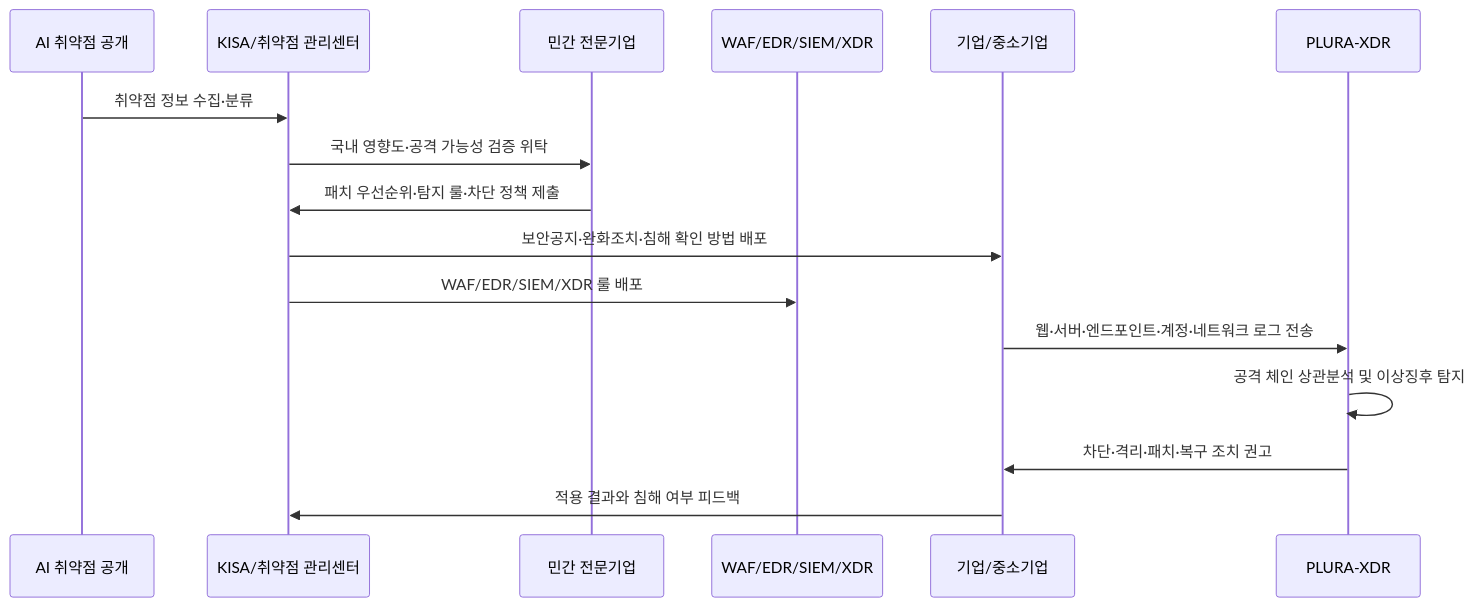
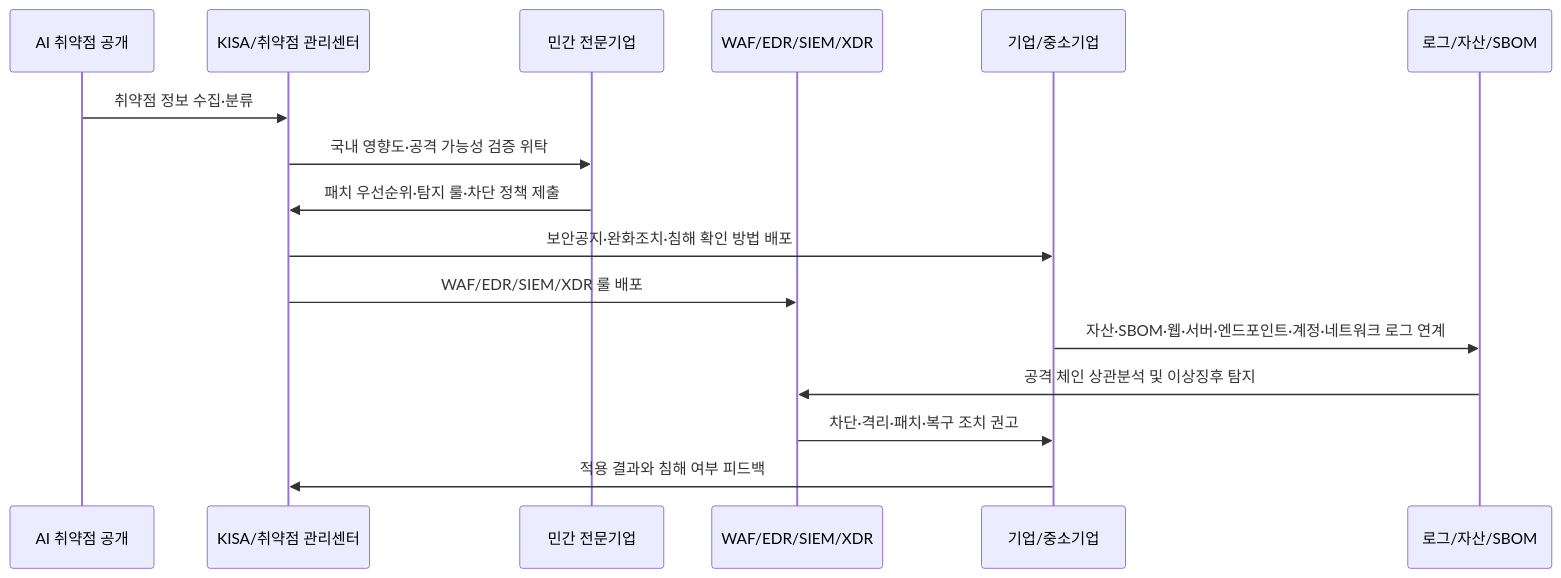
The diagram in content/ko/column/msit-news-briefing-20260528.md (qubitsec/blog), drawn with Mermaid before and after one commit. The commit also changed other lines of this file, not shown here.

````diff
--- a/content/ko/column/msit-news-briefing-20260528.md
+++ b/content/ko/column/msit-news-briefing-20260528.md
@@ -467,19 +297,19 @@
 ```mermaid
 sequenceDiagram
     participant A as AI 취약점 공개
     participant K as KISA/취약점 관리센터
     participant P as 민간 전문기업
     participant W as WAF/EDR/SIEM/XDR
     participant C as 기업/중소기업
-    participant X as PLURA-XDR
+    participant L as 로그/자산/SBOM
 
     A->>K: 취약점 정보 수집·분류
     K->>P: 국내 영향도·공격 가능성 검증 위탁
     P->>K: 패치 우선순위·탐지 룰·차단 정책 제출
     K->>C: 보안공지·완화조치·침해 확인 방법 배포
     K->>W: WAF/EDR/SIEM/XDR 룰 배포
-    C->>X: 웹·서버·엔드포인트·계정·네트워크 로그 전송
-    X->>X: 공격 체인 상관분석 및 이상징후 탐지
-    X->>C: 차단·격리·패치·복구 조치 권고
+    C->>L: 자산·SBOM·웹·서버·엔드포인트·계정·네트워크 로그 연계
+    L->>W: 공격 체인 상관분석 및 이상징후 탐지
+    W->>C: 차단·격리·패치·복구 조치 권고
     C->>K: 적용 결과와 침해 여부 피드백
 ```
````
